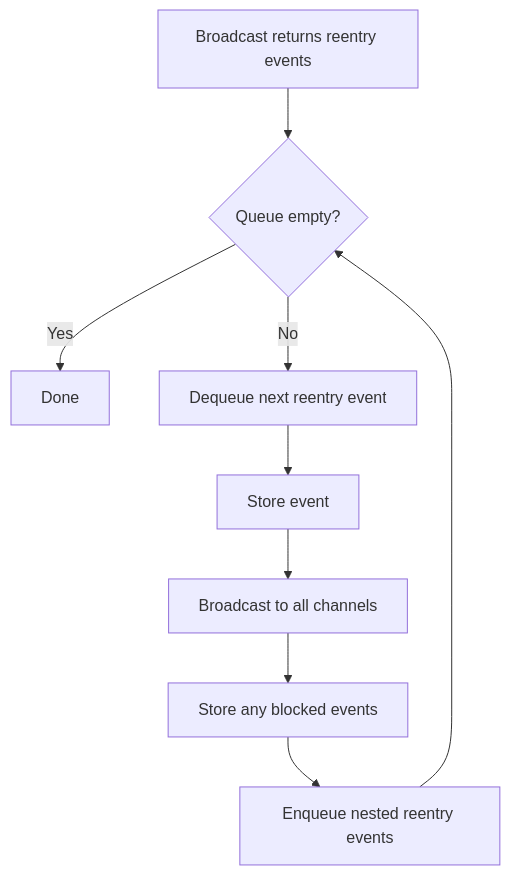
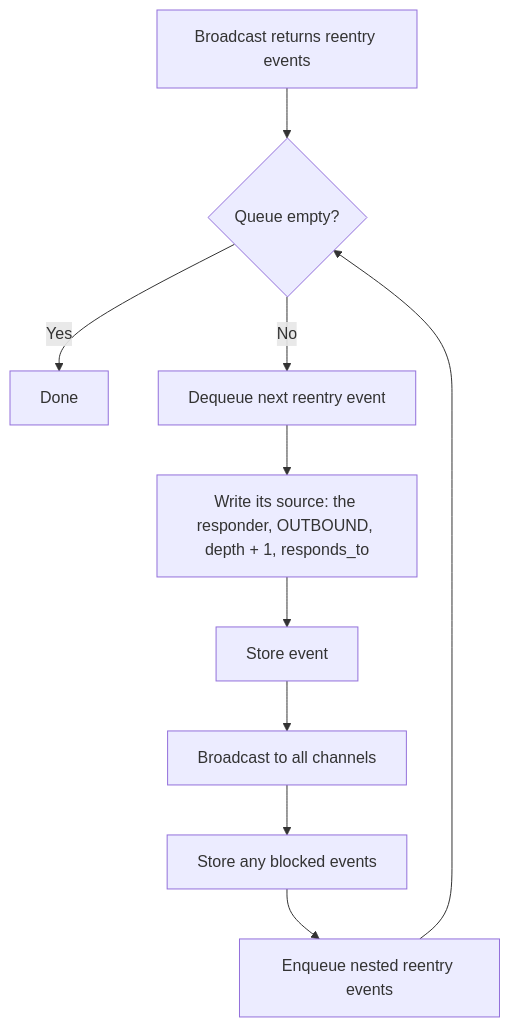
Before and after one commit to roomkit-live/roomkit-docs: the fifth of 7 diagrams in docs/architecture.md, drawn with Mermaid. The commit also changed other lines of this file and 17 other files, not shown here.

````diff
--- a/docs/architecture.md
+++ b/docs/architecture.md
@@ -386,11 +392,12 @@
 ```mermaid
 flowchart TD
     A[Broadcast returns reentry events] --> B{Queue empty?}
     B -- Yes --> C[Done]
     B -- No --> D[Dequeue next reentry event]
-    D --> E[Store event]
+    D --> D2["Write its source: the responder, OUTBOUND, depth + 1, responds_to"]
+    D2 --> E[Store event]
     E --> F[Broadcast to all channels]
     F --> G[Store any blocked events]
     G --> H[Enqueue nested reentry events]
     H --> B
 ```
````
